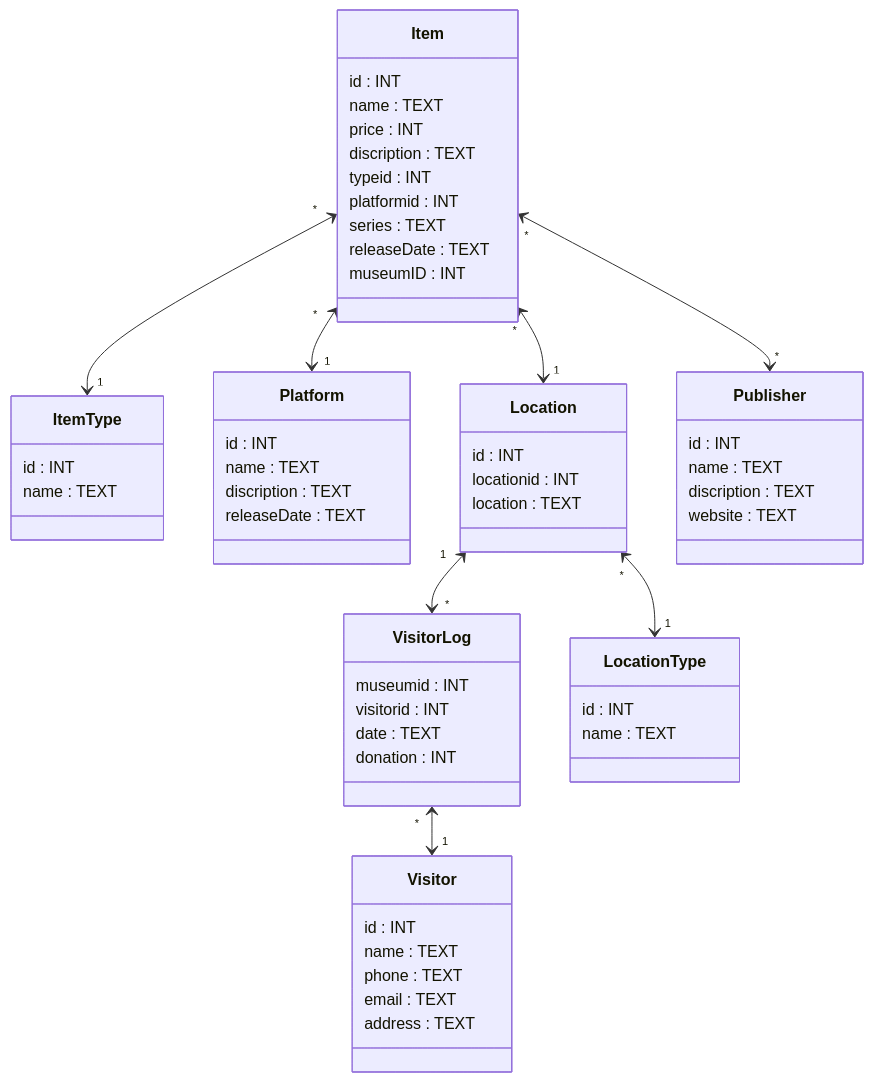
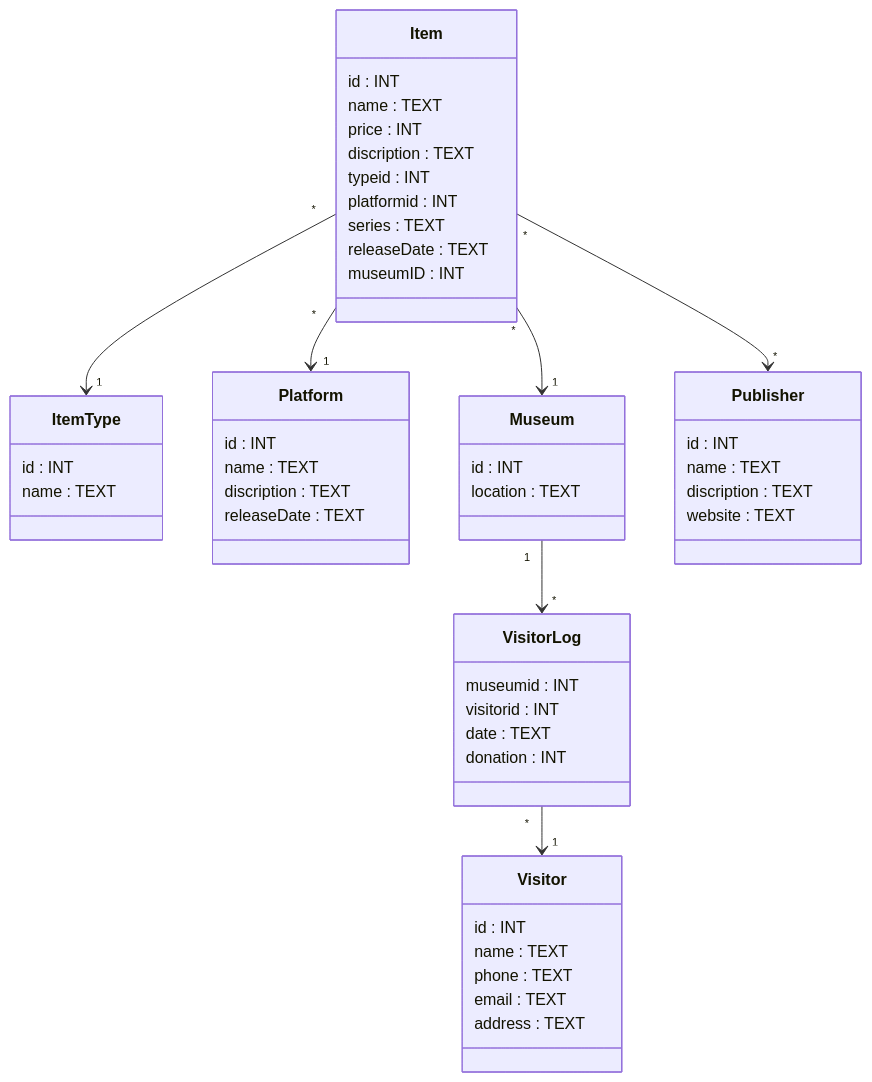
One commit to LarsGielen/Project_VGHF changed the diagram in README.md. Above: the diagram before and after it, drawn with Mermaid. The commit also changed 1 other file, not shown here.

Commit message:
Change double arrow to single arrow

````diff
--- a/README.md
+++ b/README.md
@@ -3,68 +3,61 @@
 ``` mermaid
 classDiagram
 
-    Item "*" <--> "1" ItemType
-    Item "*" <--> "1" Platform
-    Item "*" <--> "1" Location
-    Item "*" <--> "*" Publisher
-    Location "1" <--> "*" VisitorLog
-    VisitorLog "*" <--> "1" Visitor
-    Location "*" <--> "1" LocationType
+    Item "*" --> "1" ItemType
+    Item "*" --> "1" Platform
+    Item "*" --> "1" Museum
+    Item "*" --> "*" Publisher
+    Museum "1" --> "*" VisitorLog
+    VisitorLog "*" --> "1" Visitor
 
     class Item {
         id : INT
         name : TEXT
         price : INT
         discription : TEXT
         typeid : INT
         platformid : INT
         series : TEXT
         releaseDate : TEXT
         museumID : INT
     }
 
     class ItemType {
         id : INT
         name : TEXT
     }
 
     class Platform {
         id : INT
         name : TEXT
         discription : TEXT
         releaseDate : TEXT
     }
     
     class Publisher {
         id : INT
         name : TEXT
         discription : TEXT
         website : TEXT
     }
     
-    class Location {
+    class Museum {
         id : INT
-        locationid : INT
         location : TEXT
     }
     
-    class LocationType {
-        id : INT
-        name : TEXT
-    }
-
     class VisitorLog {
         museumid : INT
         visitorid : INT
         date : TEXT
         donation : INT
     }
     
     class Visitor {
         id : INT
         name : TEXT
         phone : TEXT
         email : TEXT
         address : TEXT
     }    
  ```
````
